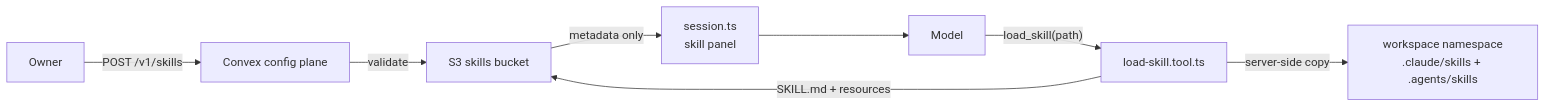
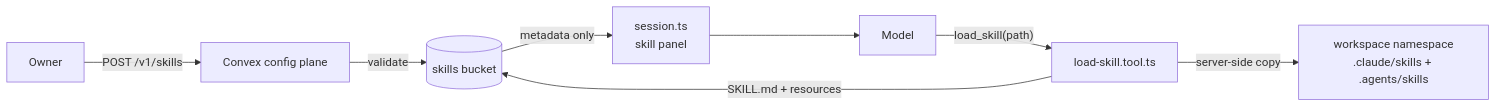
Before and after one commit to beeblastco/broods: the eighth of 8 diagrams in apps/docs/docs/internals/storage.md, drawn with Mermaid. The commit also changed other lines of this file and 13 other files, not shown here.

First line of the commit message:
docs(internals): diagram-first rewrite of the remaining internals pages

````diff
--- a/apps/docs/docs/internals/storage.md
+++ b/apps/docs/docs/internals/storage.md
@@ -134,10 +173,10 @@
 ```mermaid
 flowchart LR
   Owner -->|"POST /v1/skills"| Config["Convex config plane"]
-  Config -->|"validate"| Store["S3 skills bucket"]
+  Config -->|"validate"| Store[("skills bucket")]
   Store -->|"metadata only"| Session["session.ts<br/>skill panel"]
   Session --> Model
   Model -->|"load_skill(path)"| Loader["load-skill.tool.ts"]
   Loader -->|"SKILL.md + resources"| Store
   Loader -->|"server-side copy"| Ws["workspace namespace<br/>.claude/skills + .agents/skills"]
 ```
````
